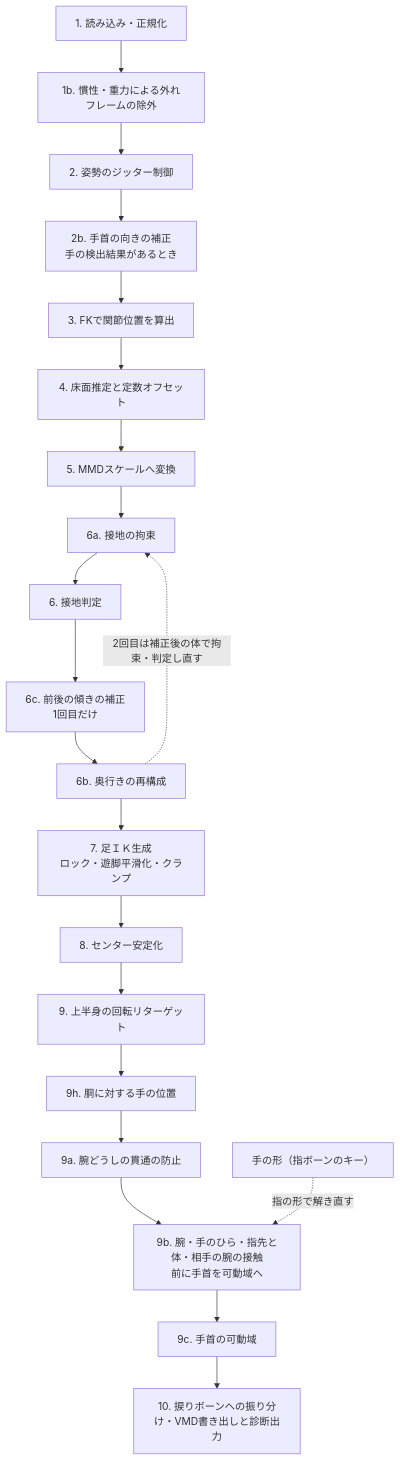
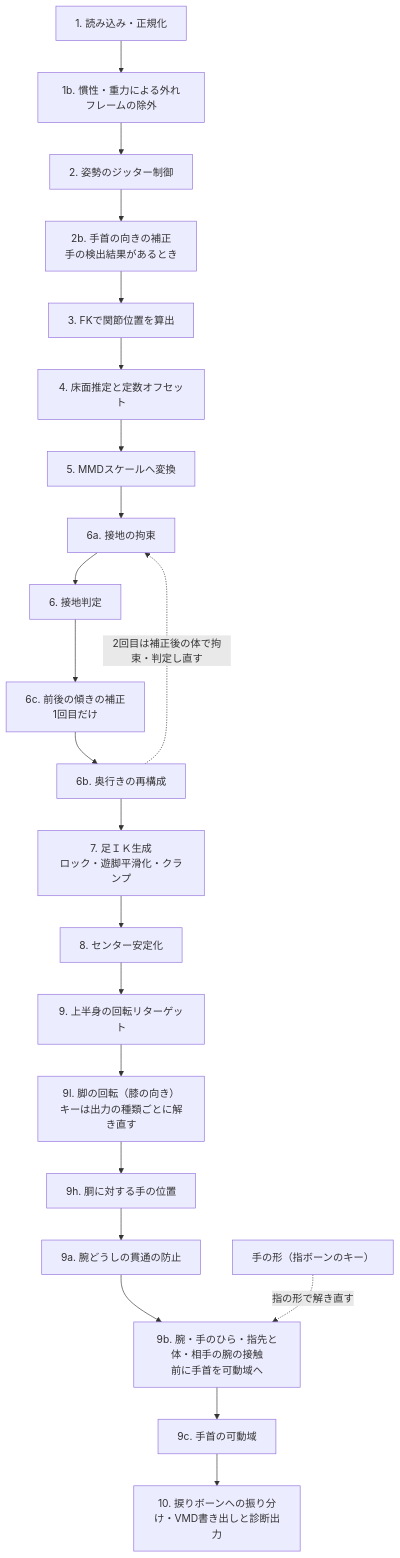
The diagram in vmd.md (yamak493/nlf), drawn with Mermaid before and after one commit. The commit also changed other lines of this file and 11 other files, not shown here.

````diff
--- a/vmd.md
+++ b/vmd.md
@@ -7,23 +7,24 @@
 ```mermaid
 flowchart TD
   A[1. 読み込み・正規化] --> A2[1b. 慣性・重力による外れフレームの除外]
   A2 --> B[2. 姿勢のジッター制御]
   B --> B2[2b. 手首の向きの補正<br/>手の検出結果があるとき]
   B2 --> C[3. FKで関節位置を算出]
   C --> D[4. 床面推定と定数オフセット]
   D --> E[5. MMDスケールへ変換]
   E --> F0[6a. 接地の拘束]
   F0 --> F[6. 接地判定]
   F --> F3[6c. 前後の傾きの補正<br/>1回目だけ]
   F3 --> F2[6b. 奥行きの再構成]
   F2 -. 2回目は補正後の体で拘束・判定し直す .-> F0
   F2 --> G[7. 足ＩＫ生成<br/>ロック・遊脚平滑化・クランプ]
   G --> H[8. センター安定化]
   H --> I[9. 上半身の回転リターゲット]
-  I --> I1[9h. 胴に対する手の位置]
+  I --> L[9l. 脚の回転（膝の向き）<br/>キーは出力の種類ごとに解き直す]
+  L --> I1[9h. 胴に対する手の位置]
   I1 --> I2[9a. 腕どうしの貫通の防止]
   I2 --> I3[9b. 腕・手のひら・指先と体・相手の腕の接触<br/>前に手首を可動域へ]
   I3 --> I4[9c. 手首の可動域]
   I4 --> J[10. 捩りボーンへの振り分け・VMD書き出しと診断出力]
   K[手の形（指ボーンのキー）] -. 指の形で解き直す .-> I3
 ```
````
